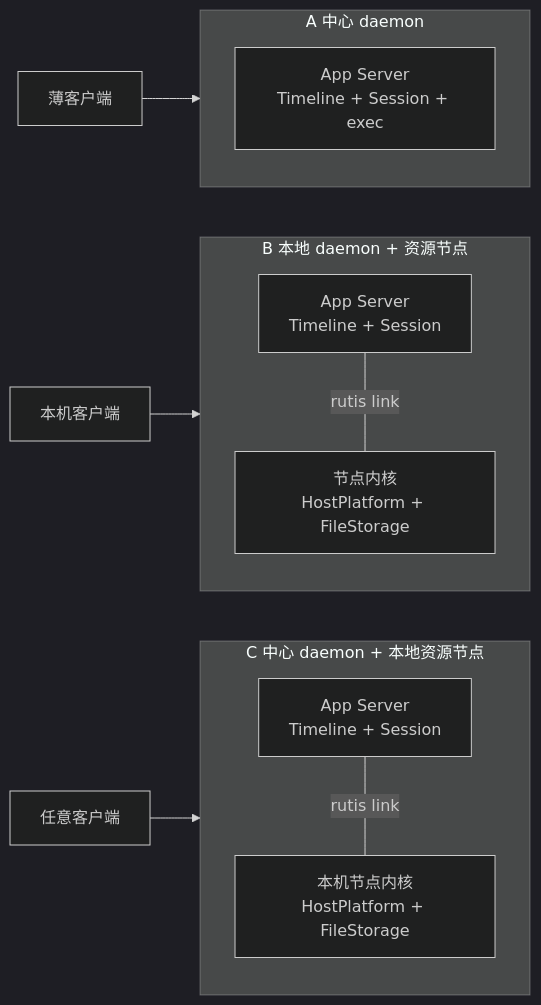
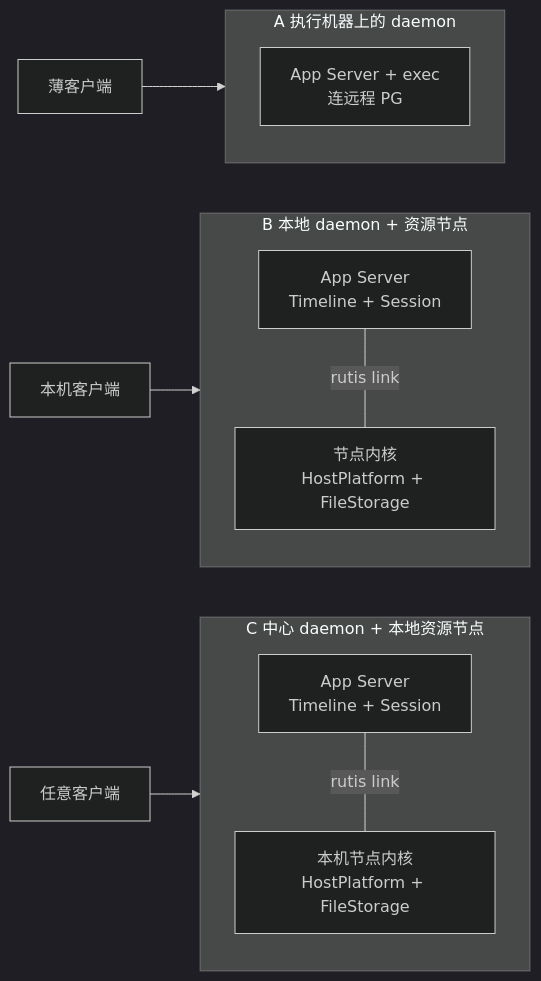
One commit to CoutinhoTTS/dim-agent changed the second of 4 diagrams in docs/design/research/remote-plugins.md. Above: the diagram before and after it, drawn with Mermaid (dark theme). The commit also changed other lines of this file, not shown here.

````diff
--- a/docs/design/research/remote-plugins.md
+++ b/docs/design/research/remote-plugins.md
@@ -277,19 +276,19 @@
 ```mermaid
 flowchart LR
-  subgraph A["A 中心 daemon"]
-    SA["App Server<br/>Timeline + Session + exec"]
+  subgraph A["A 执行机器上的 daemon"]
+    SA["App Server + exec<br/>连远程 PG"]
   end
   subgraph B["B 本地 daemon + 资源节点"]
     SB["App Server<br/>Timeline + Session"]
     NB["节点内核<br/>HostPlatform + FileStorage"]
     SB ---|"rutis link"| NB
   end
   subgraph C["C 中心 daemon + 本地资源节点"]
     SC["App Server<br/>Timeline + Session"]
     NC["本机节点内核<br/>HostPlatform + FileStorage"]
     SC ---|"rutis link"| NC
   end
   U1["薄客户端"] --> A
   U2["本机客户端"] --> B
   U3["任意客户端"] --> C
 ```
````
